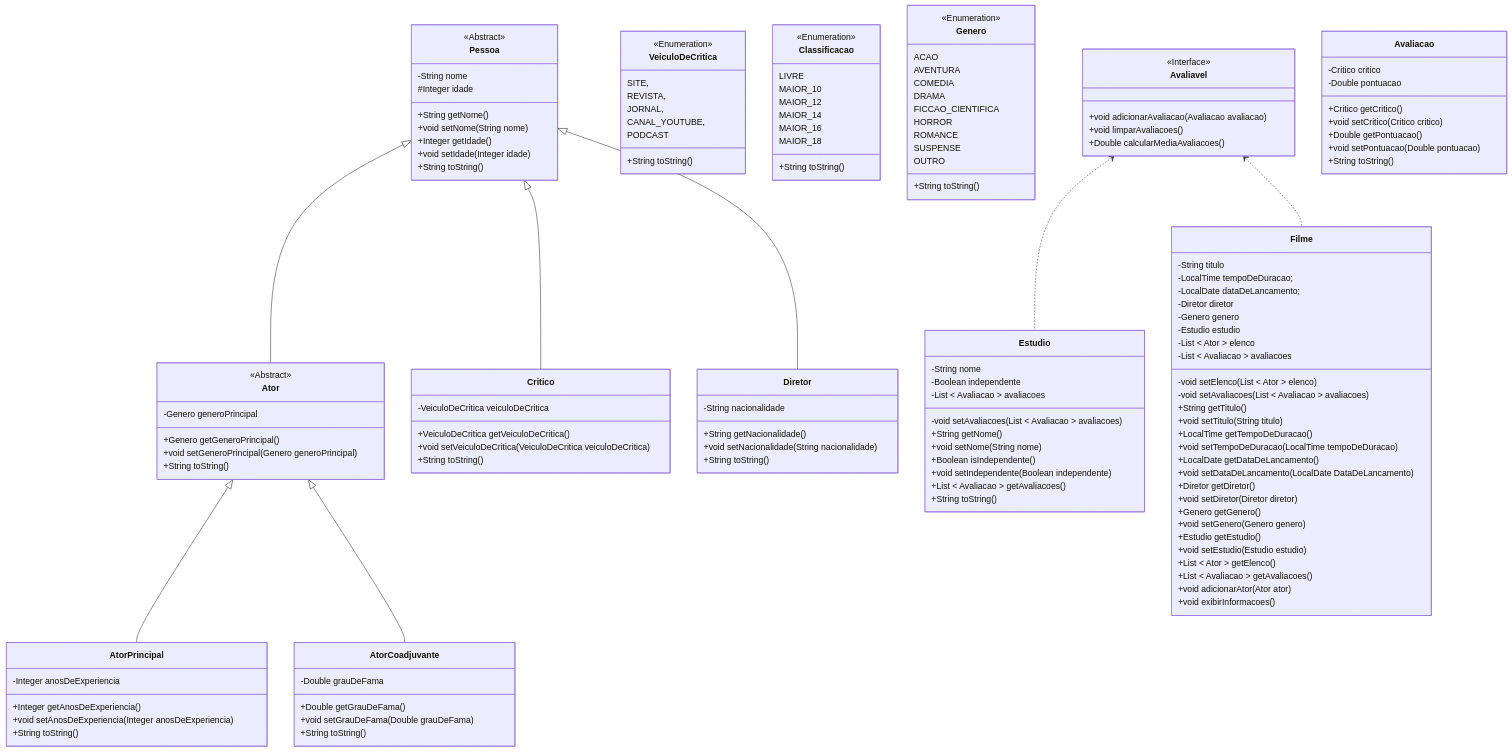
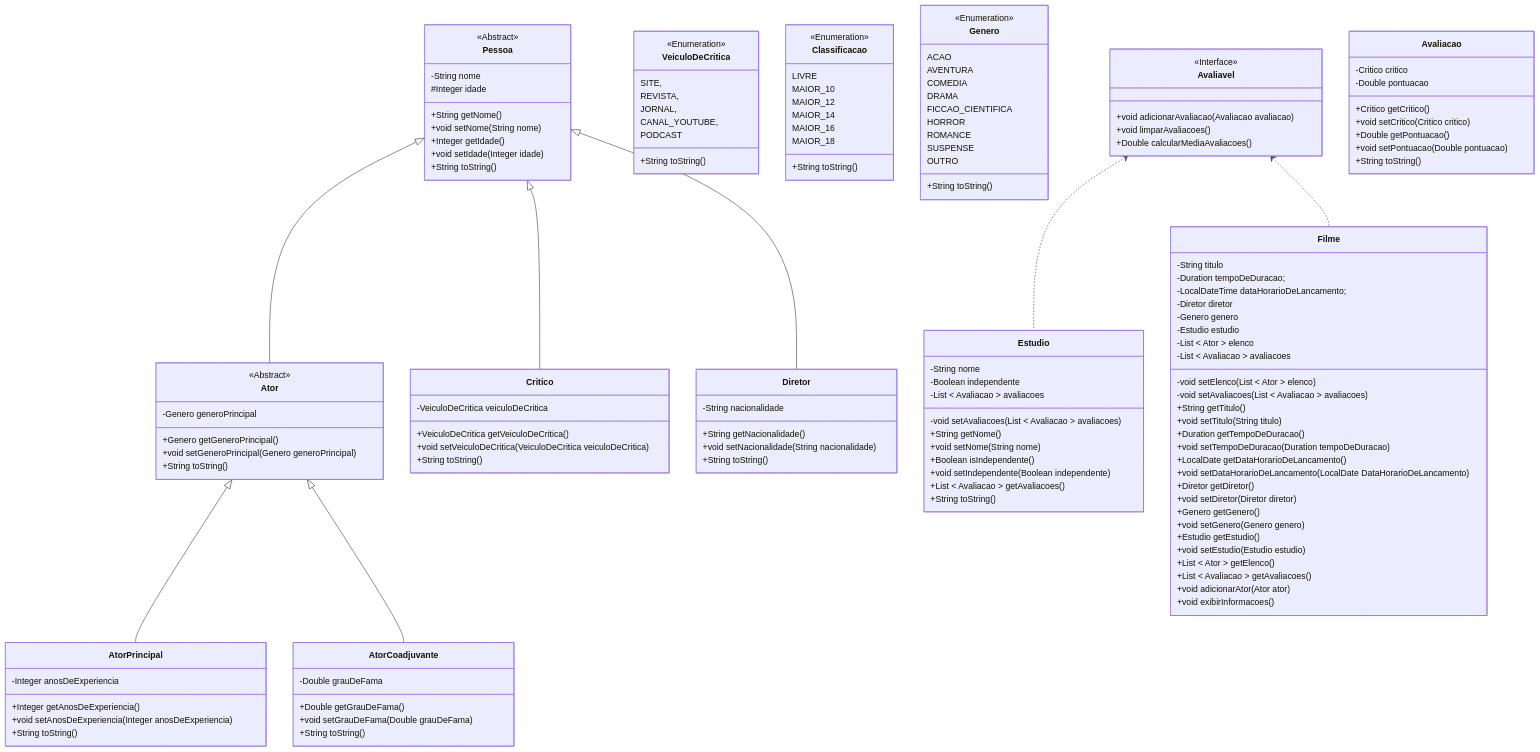
One commit to heltonricardo/enunciados-exercicios-java changed the diagram in exercicio-003/versao-001/README.md. Above: the diagram before and after it, drawn with Mermaid. The commit also changed 1 other file, not shown here.

Commit message:
exercicio 3-1

```diff
--- a/exercicio-003/versao-001/README.md
+++ b/exercicio-003/versao-001/README.md
@@ -124,8 +124,8 @@
 
 class Filme {
   -String titulo
-  -LocalTime tempoDeDuracao;
-  -LocalDate dataDeLancamento;
+  -Duration tempoDeDuracao;
+  -LocalDateTime dataHorarioDeLancamento;
   -Diretor diretor
   -Genero genero
   -Estudio estudio
@@ -135,10 +135,10 @@
   -void setAvaliacoes(List < Avaliacao > avaliacoes)
   +String getTitulo()
   +void setTitulo(String titulo)
-  +LocalTime getTempoDeDuracao()
-  +void setTempoDeDuracao(LocalTime tempoDeDuracao)
-  +LocalDate getDataDeLancamento()
-  +void setDataDeLancamento(LocalDate DataDeLancamento)
+  +Duration getTempoDeDuracao()
+  +void setTempoDeDuracao(Duration tempoDeDuracao)
+  +LocalDate getDataHorarioDeLancamento()
+  +void setDataHorarioDeLancamento(LocalDate DataHorarioDeLancamento)
   +Diretor getDiretor()
   +void setDiretor(Diretor diretor)
   +Genero getGenero()
```
